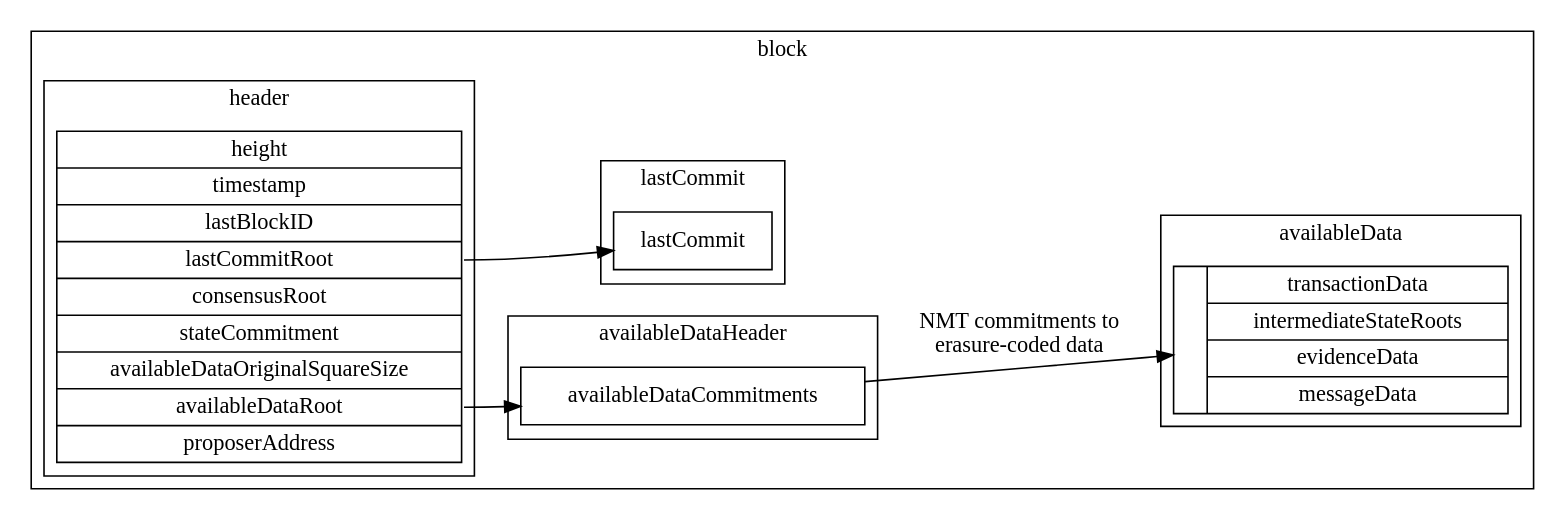
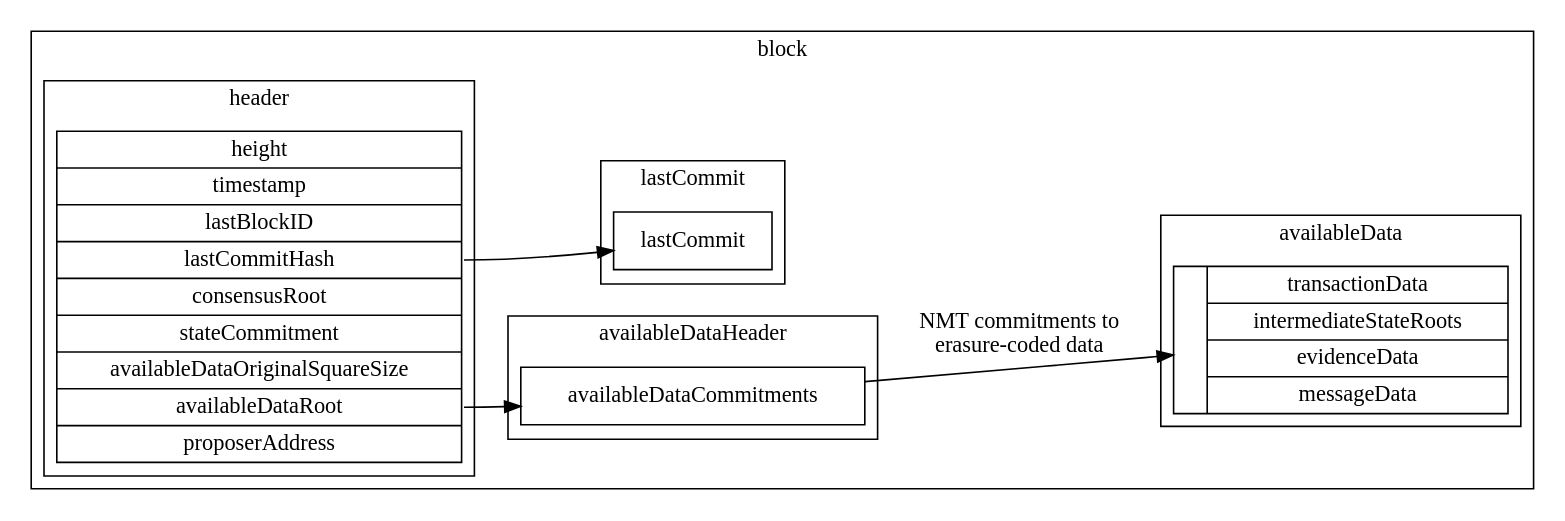
One commit to celestiaorg/celestia-specs changed the diagram in specs/figures/block_data_structures.dot. Above: the diagram before and after it, drawn with Graphviz. The commit also changed 2 other files, not shown here.

Commit message:
Rename lastCommitRoot -> lastCommitHash.

```diff
--- a/specs/figures/block_data_structures.dot
+++ b/specs/figures/block_data_structures.dot
@@ -1,36 +1,36 @@
 digraph G {
     rankdir = "LR";
     node [shape = record];
 
     subgraph cluster_block {
         label = "block";
 
         subgraph cluster_availableheader {
             label = "availableDataHeader";
             struct4 [label = "{<f0> availableDataCommitments}"];
         }
 
         subgraph cluster_body {
             label = "availableData";
             struct3 [label = "{ | { transactionData | intermediateStateRoots | evidenceData | messageData } }"];
         }
 
         subgraph cluster_lastcommit {
             label = "lastCommit";
             struct2 [label = "{lastCommit}"];
         }
 
         subgraph cluster_header {
             label = "header";
-            struct1 [label = "height | timestamp | lastBlockID | <f3> lastCommitRoot | consensusRoot | stateCommitment | availableDataOriginalSquareSize | <f7> availableDataRoot | proposerAddress"];
+            struct1 [label = "height | timestamp | lastBlockID | <f3> lastCommitHash | consensusRoot | stateCommitment | availableDataOriginalSquareSize | <f7> availableDataRoot | proposerAddress"];
         }
     }
 
     struct1:f3 -> struct2;
     struct1:f7 -> struct4;
     struct4:f0 -> struct3 [label = "NMT commitments to\nerasure-coded data"];
 
     edge [style = invis];
     struct1 -> struct3;
     struct1 -> struct4;
 }
```
